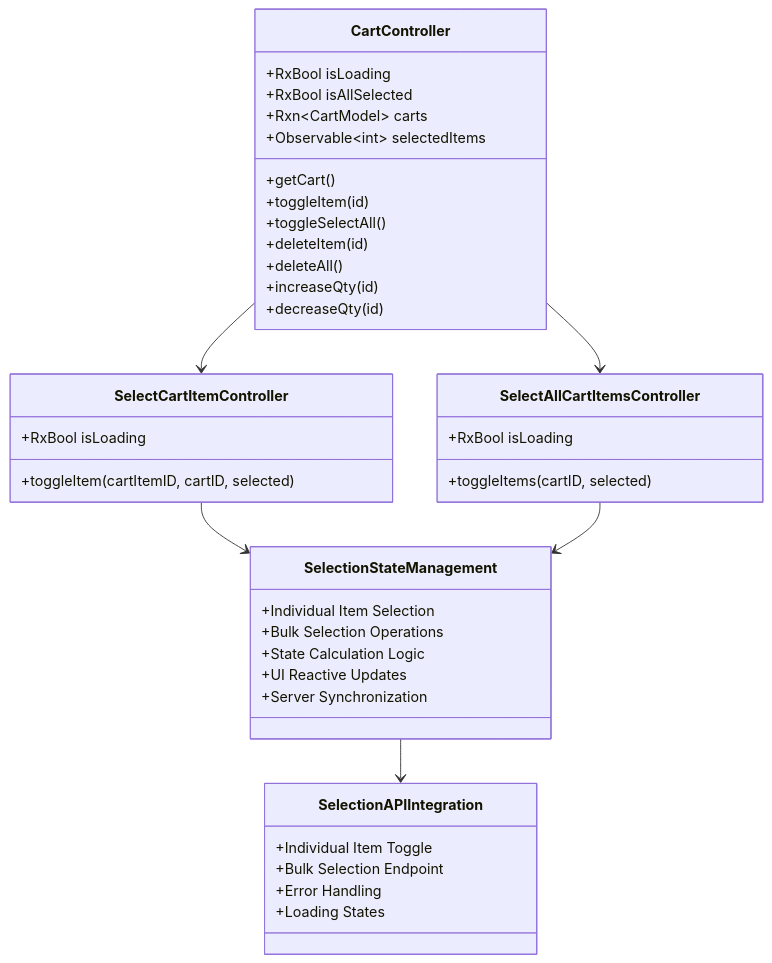
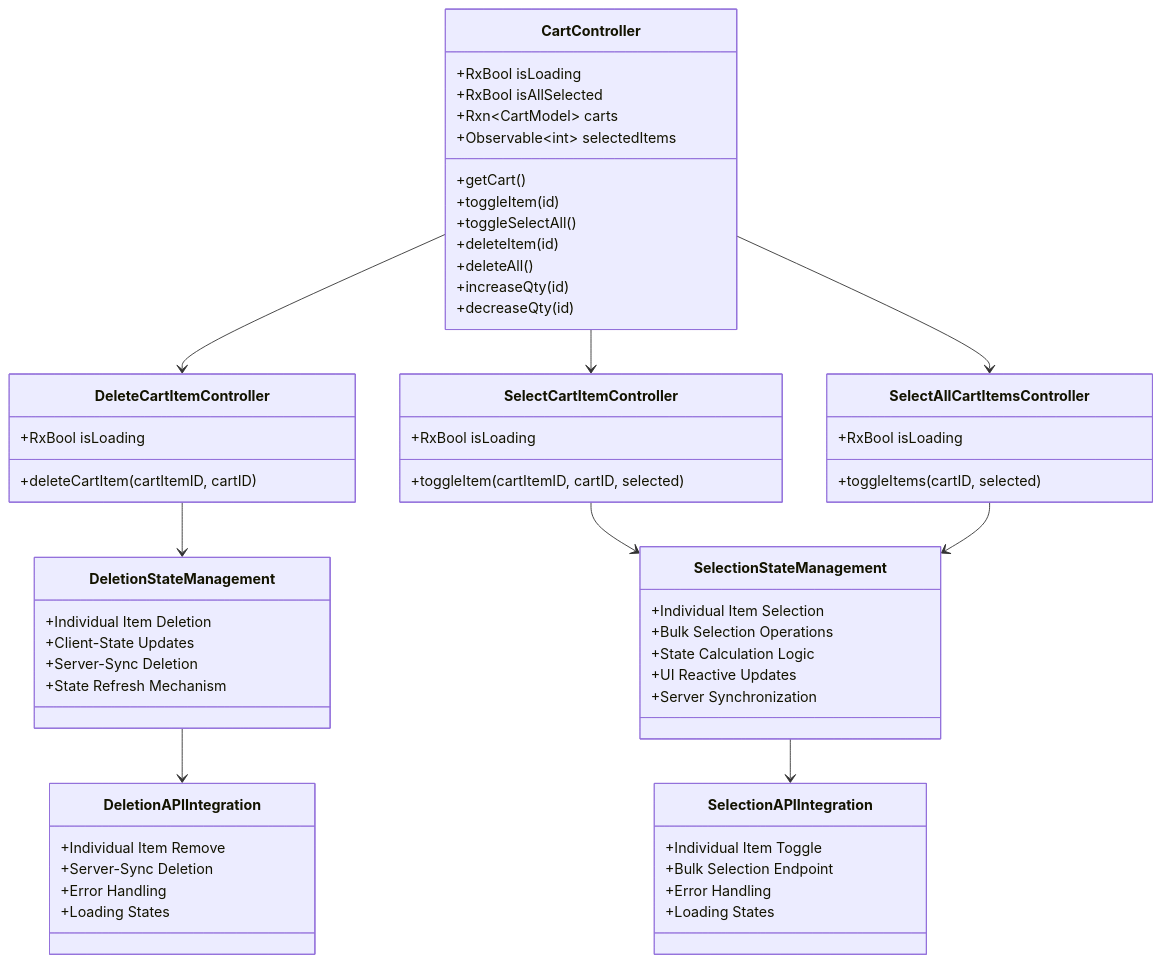
Before and after one commit to Ariful3111/FurniGo: diagram 14 of 22 in .qoder/repowiki/en/content/Core Features/E-commerce Platform/Shopping Cart System.md, drawn with Mermaid. The commit also changed other lines of this file and 7 other files, not shown here.

````diff
--- a/.qoder/repowiki/en/content/Core Features/E-commerce Platform/Shopping Cart System.md
+++ b/.qoder/repowiki/en/content/Core Features/E-commerce Platform/Shopping Cart System.md
@@ -558,42 +764,61 @@
 ```mermaid
 classDiagram
 class CartController {
 +RxBool isLoading
 +RxBool isAllSelected
 +Rxn~CartModel~ carts
 +Observable~int~ selectedItems
 +getCart()
 +toggleItem(id)
 +toggleSelectAll()
 +deleteItem(id)
 +deleteAll()
 +increaseQty(id)
 +decreaseQty(id)
+}
+class DeleteCartItemController {
++RxBool isLoading
++deleteCartItem(cartItemID, cartID)
 }
 class SelectCartItemController {
 +RxBool isLoading
 +toggleItem(cartItemID, cartID, selected)
 }
 class SelectAllCartItemsController {
 +RxBool isLoading
 +toggleItems(cartID, selected)
 }
 class SelectionStateManagement {
 +Individual Item Selection
 +Bulk Selection Operations
 +State Calculation Logic
 +UI Reactive Updates
 +Server Synchronization
 }
+class DeletionStateManagement {
++Individual Item Deletion
++Client-State Updates
++Server-Sync Deletion
++State Refresh Mechanism
+}
 class SelectionAPIIntegration {
 +Individual Item Toggle
 +Bulk Selection Endpoint
 +Error Handling
 +Loading States
 }
+class DeletionAPIIntegration {
++Individual Item Remove
++Server-Sync Deletion
++Error Handling
++Loading States
+}
+CartController --> DeleteCartItemController
 CartController --> SelectCartItemController
 CartController --> SelectAllCartItemsController
+DeleteCartItemController --> DeletionStateManagement
 SelectCartItemController --> SelectionStateManagement
 SelectAllCartItemsController --> SelectionStateManagement
 SelectionStateManagement --> SelectionAPIIntegration
+DeletionStateManagement --> DeletionAPIIntegration
 ```
````
